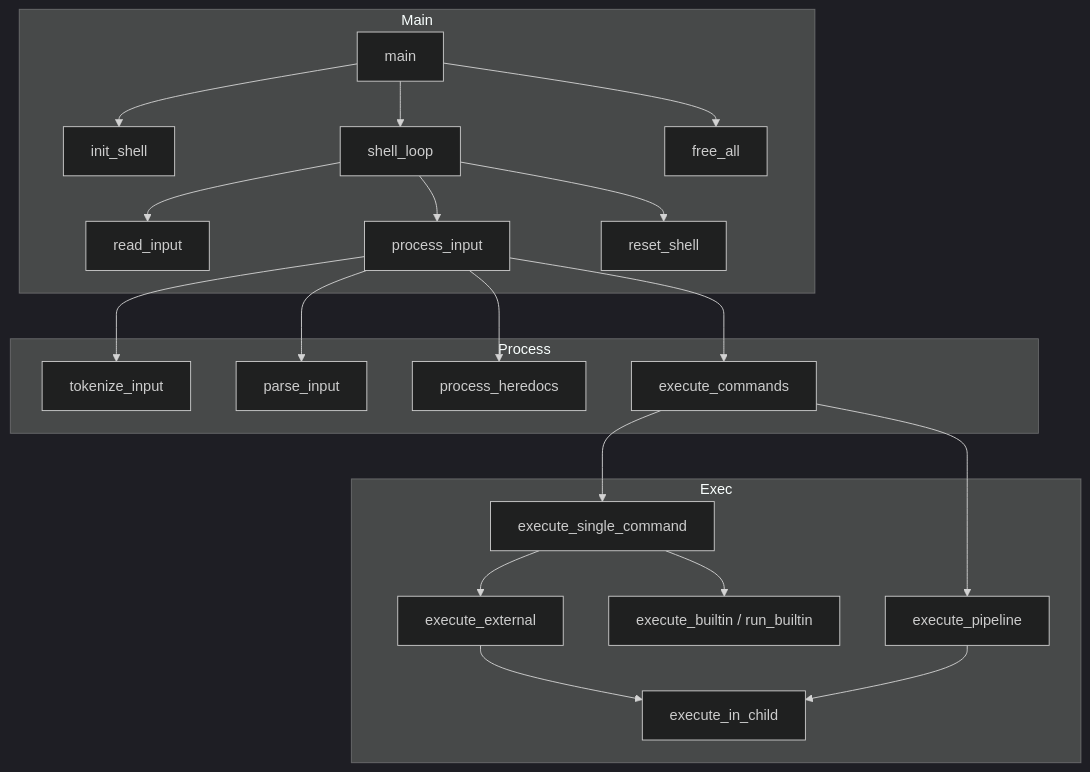
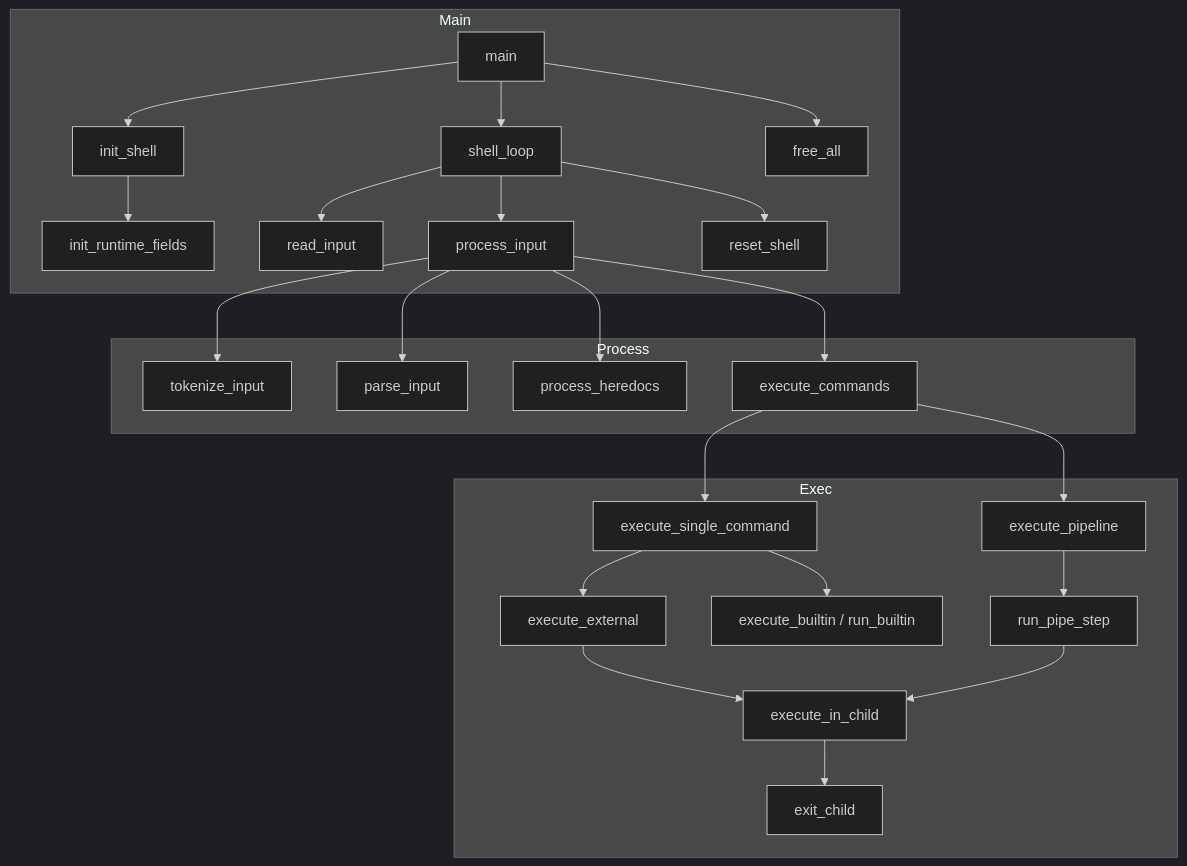
The second of 2 diagrams in docs/DATA_MODEL_AND_FUNCTIONS.md (gkhavari/minishell), drawn with Mermaid (dark theme) before and after one commit. The commit also changed other lines of this file and 2 other files, not shown here.

First line of the commit message:
docs: update architecture, data model, and technical decisions to match current codebase

````diff
--- a/docs/DATA_MODEL_AND_FUNCTIONS.md
+++ b/docs/DATA_MODEL_AND_FUNCTIONS.md
@@ -318,41 +359,47 @@
 ```mermaid
 flowchart TB
     subgraph Main
         main[main]
         init[init_shell]
+        init_rt[init_runtime_fields]
         loop[shell_loop]
         read[read_input]
         process[process_input]
         reset[reset_shell]
         free_all[free_all]
     end
     subgraph Process
         tokenize[tokenize_input]
         parse[parse_input]
         heredocs[process_heredocs]
         exec[execute_commands]
     end
     subgraph Exec
         single[execute_single_command]
         pipeline[execute_pipeline]
+        pipe_step[run_pipe_step]
         builtin[execute_builtin / run_builtin]
         external[execute_external]
-        child[execute_in_child]
+        child_exec[execute_in_child]
+        exit_child[exit_child]
     end
     main --> init
+    init --> init_rt
     main --> loop
     loop --> read
     loop --> process
     loop --> reset
     main --> free_all
     process --> tokenize
     process --> parse
     process --> heredocs
     process --> exec
     exec --> single
     exec --> pipeline
+    pipeline --> pipe_step
     single --> builtin
     single --> external
-    external --> child
-    pipeline --> child
+    external --> child_exec
+    pipe_step --> child_exec
+    child_exec --> exit_child
 ```
````
